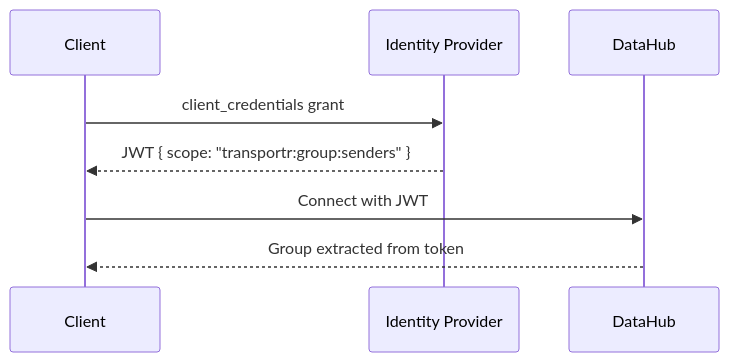
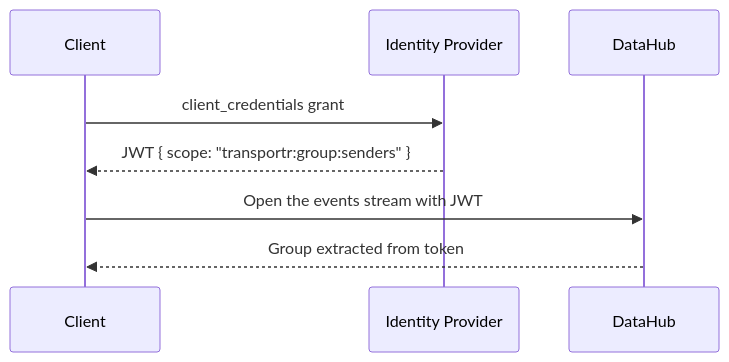
Before and after one commit to nicopon/transportr: the first of 2 diagrams in SecurityArchitecture.md, drawn with Mermaid. The commit also changed other lines of this file and 9 other files, not shown here.

First line of the commit message:
docs: describe the control plane as requests and a stream of events

````diff
--- a/SecurityArchitecture.md
+++ b/SecurityArchitecture.md
@@ -7,11 +7,11 @@
 ```mermaid
 sequenceDiagram
     participant Client
     participant IDP as Identity Provider
     participant Hub as DataHub
 
     Client->>IDP: client_credentials grant
     IDP-->>Client: JWT { scope: "transportr:group:senders" }
-    Client->>Hub: Connect with JWT
+    Client->>Hub: Open the events stream with JWT
     Hub-->>Client: Group extracted from token
 ```
````
